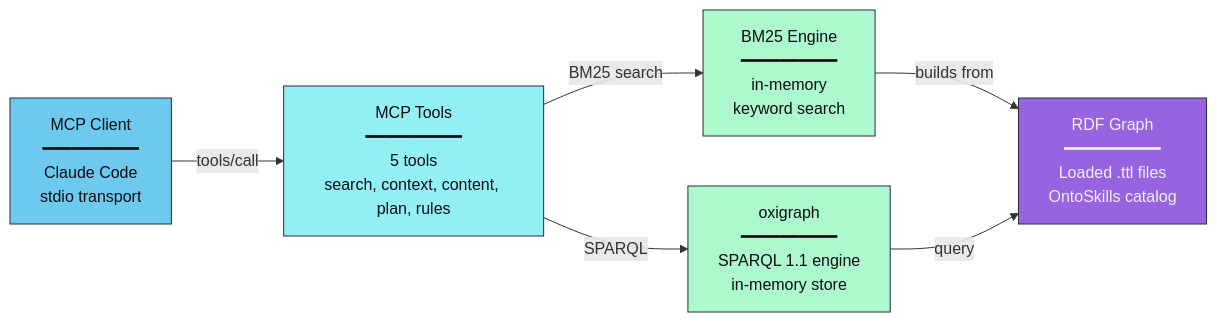
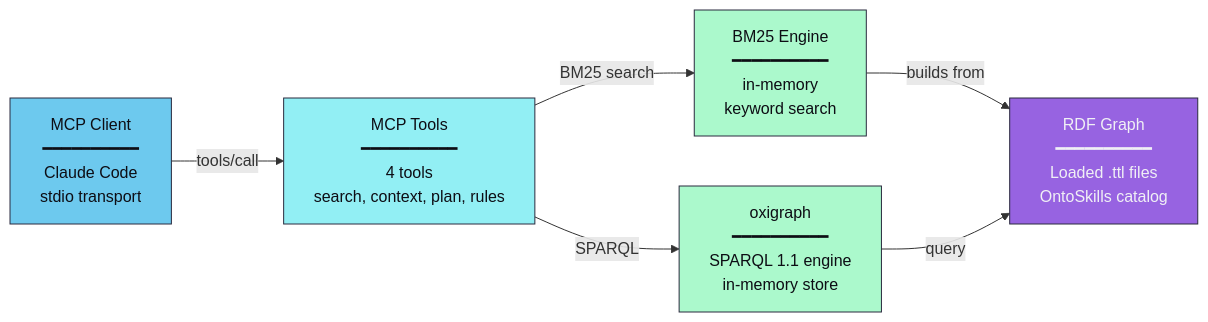
The second of 3 diagrams in mcp/README.md (mareasoftware/ontoclaw), drawn with Mermaid before and after one commit. The commit also changed other lines of this file and 27 other files, not shown here.

First line of the commit message:
feat: compact knowledge nodes — operational extraction, 5→4 MCP tools

````diff
--- a/mcp/README.md
+++ b/mcp/README.md
@@ -45,14 +44,14 @@
 ```mermaid
 flowchart LR
-    CLIENT["MCP Client<br/>━━━━━━━━━━<br/>Claude Code<br/>stdio transport"] -->|"tools/call"| TOOLS["MCP Tools<br/>━━━━━━━━━━<br/>5 tools<br/>search, context, content, plan, rules"]
+    CLIENT["MCP Client<br/>━━━━━━━━━━<br/>Claude Code<br/>stdio transport"] -->|"tools/call"| TOOLS["MCP Tools<br/>━━━━━━━━━━<br/>4 tools<br/>search, context, plan, rules"]
     TOOLS -->|"BM25 search"| BM25["BM25 Engine<br/>━━━━━━━━━━<br/>in-memory<br/>keyword search"]
     TOOLS -->|"SPARQL"| SPARQL["oxigraph<br/>━━━━━━━━━━<br/>SPARQL 1.1 engine<br/>in-memory store"]
     BM25 -->|"builds from"| GRAPH["RDF Graph<br/>━━━━━━━━━━<br/>Loaded .ttl files<br/>OntoSkills catalog"]
     SPARQL -->|"query"| GRAPH
 
     style CLIENT fill:#6dc9ee,stroke:#2a2a3e,color:#0d0d14
     style TOOLS fill:#92eff4,stroke:#2a2a3e,color:#0d0d14
     style BM25 fill:#abf9cc,stroke:#2a2a3e,color:#0d0d14
     style SPARQL fill:#abf9cc,stroke:#2a2a3e,color:#0d0d14
     style GRAPH fill:#9763e1,stroke:#2a2a3e,color:#f0f0f5
 ```
````
